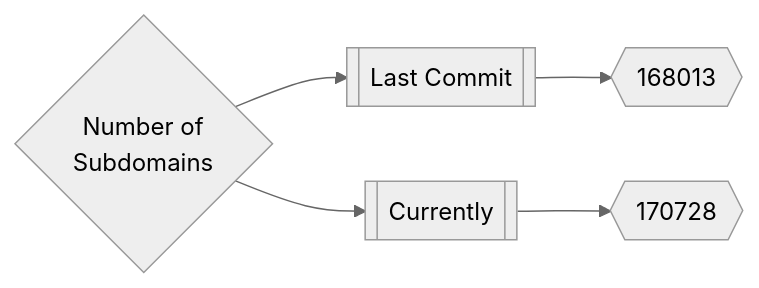
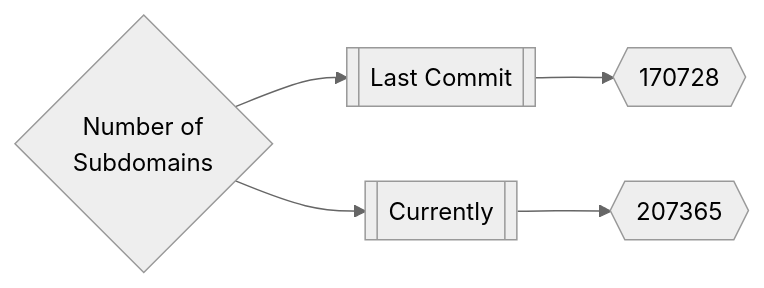
Before and after one commit to trickest/inventory: the first of 3 diagrams in README.md, drawn with Mermaid (neutral theme). The commit also changed other lines of this file, not shown here.

````diff
--- a/README.md
+++ b/README.md
@@ -165,5 +165,5 @@
 ```mermaid
 graph LR
-title{Number of<br>Subdomains} --> subdomainsDate1[[Last Commit]] --> subdomainsNum1{{168013}}
-title --> subdomainsDate2[[Currently]] --> subdomainsNum2{{170728}}
+title{Number of<br>Subdomains} --> subdomainsDate1[[Last Commit]] --> subdomainsNum1{{170728}}
+title --> subdomainsDate2[[Currently]] --> subdomainsNum2{{207365}}
 ```
````
